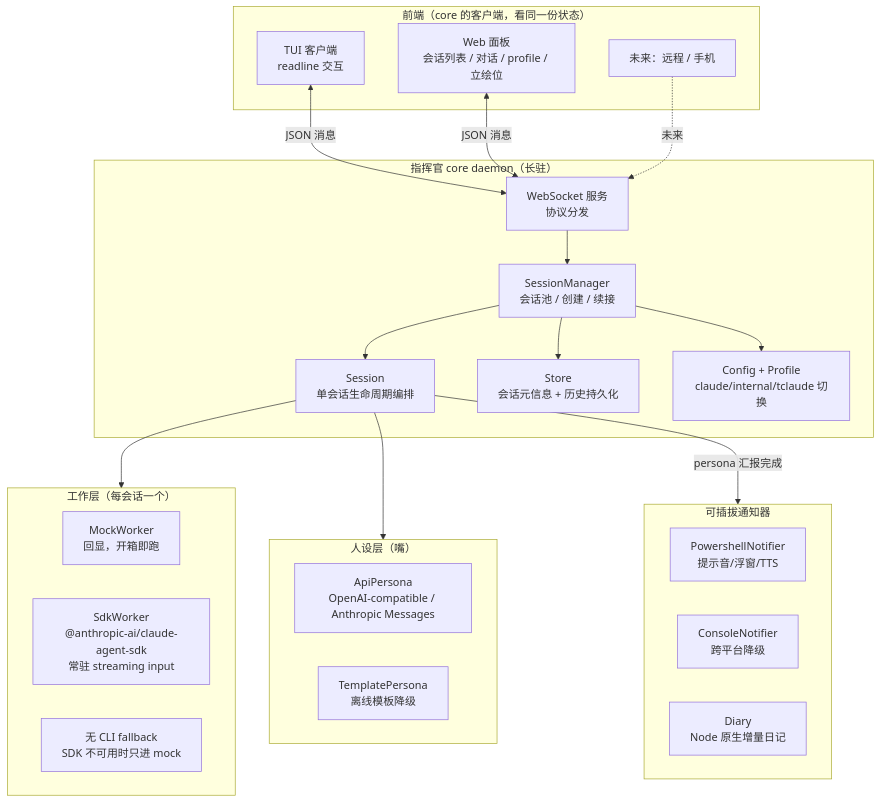
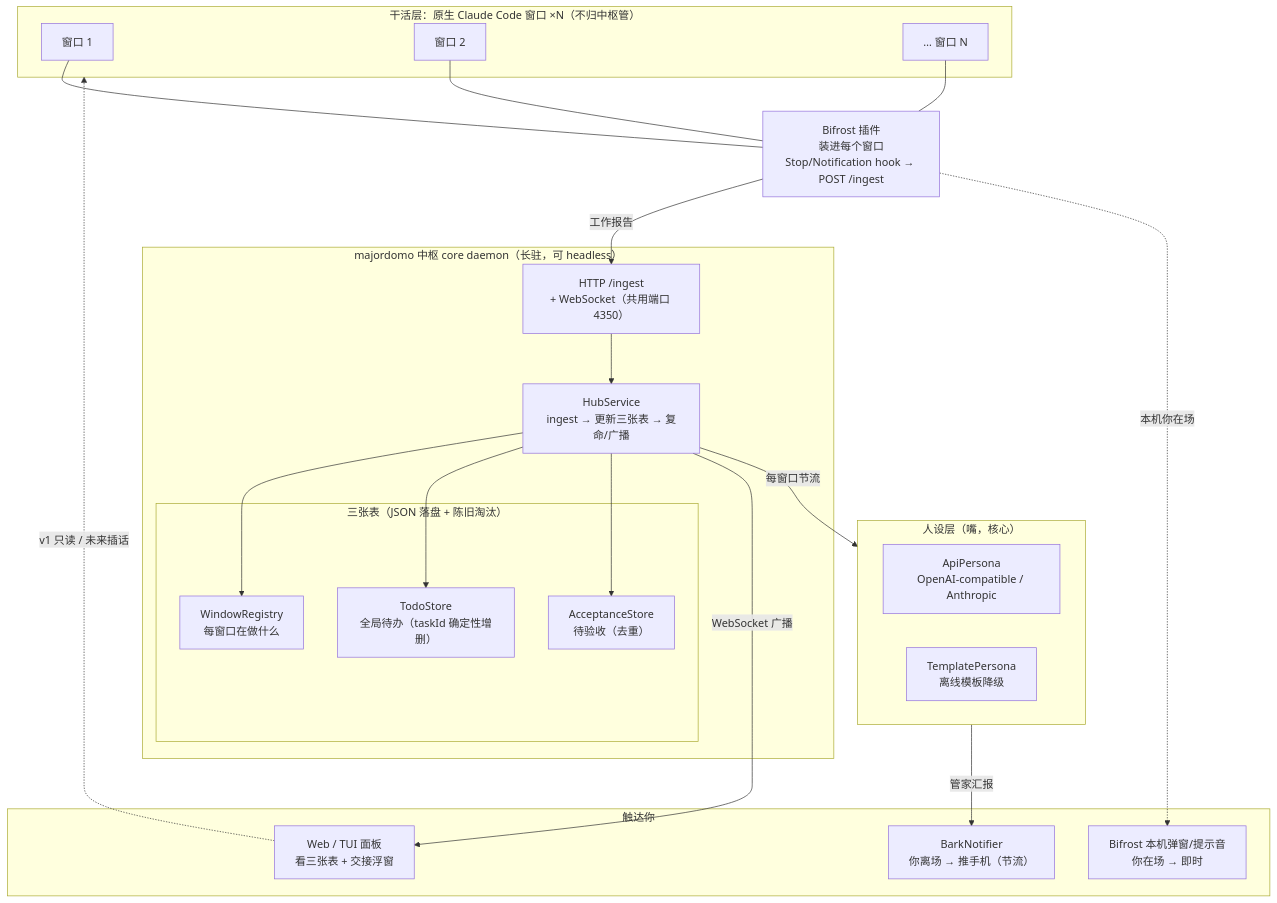
Before and after one commit to tobenot/majordomo: the first of 2 diagrams in docs/architecture.md, drawn with Mermaid. The commit also changed other lines of this file and 1 other file, not shown here.

````diff
--- a/docs/architecture.md
+++ b/docs/architecture.md
@@ -22,46 +20,45 @@
 ```mermaid
-graph TD
-  subgraph Clients["前端（core 的客户端，看同一份状态）"]
-    TUI["TUI 客户端<br/>readline 交互"]
-    WEB["Web 面板<br/>会话列表 / 对话 / profile / 立绘位"]
-    REMOTE["未来：远程 / 手机"]
+graph TB
+  subgraph Workers["干活层：原生 Claude Code 窗口 ×N（不归中枢管）"]
+    W1["窗口 1"]
+    W2["窗口 2"]
+    WN["… 窗口 N"]
   end
 
-  subgraph Core["指挥官 core daemon（长驻）"]
-    WS["WebSocket 服务<br/>协议分发"]
-    SM["SessionManager<br/>会话池 / 创建 / 续接"]
-    SESS["Session<br/>单会话生命周期编排"]
-    STORE["Store<br/>会话元信息 + 历史持久化"]
-    CFG["Config + Profile<br/>claude/internal/tclaude 切换"]
+  RB["Bifrost 插件<br/>装进每个窗口<br/>Stop/Notification hook → POST /ingest"]
+  W1 --- RB
+  W2 --- RB
+  WN --- RB
+
+  subgraph Core["majordomo 中枢 core daemon（长驻，可 headless）"]
+    HTTP["HTTP /ingest<br/>+ WebSocket（共用端口 4350）"]
+    HUB["HubService<br/>ingest → 更新三张表 → 复命/广播"]
+    subgraph Tables["三张表（JSON 落盘 + 陈旧淘汰）"]
+      REG["WindowRegistry<br/>每窗口在做什么"]
+      TODO["TodoStore<br/>全局待办（taskId 确定性增删）"]
+      ACC["AcceptanceStore<br/>待验收（去重）"]
+    end
+    HTTP --> HUB
+    HUB --> REG
+    HUB --> TODO
+    HUB --> ACC
   end
 
-  subgraph Worker["工作层（每会话一个）"]
-    MOCK["MockWorker<br/>回显，开箱即跑"]
-    SDK["SdkWorker<br/>@anthropic-ai/claude-agent-sdk<br/>常驻 streaming input"]
-    NOTE["无 CLI fallback<br/>SDK 不可用时只进 mock"]
-  end
-
-  subgraph Persona["人设层（嘴）"]
-    API["ApiPersona<br/>OpenAI-compatible / Anthropic Messages"]
+  subgraph Persona["人设层（嘴，核心）"]
+    API["ApiPersona<br/>OpenAI-compatible / Anthropic"]
     TPL["TemplatePersona<br/>离线模板降级"]
   end
 
-
-  subgraph Notify["可插拔通知器"]
-    PS["PowershellNotifier<br/>提示音/浮窗/TTS"]
-    CON["ConsoleNotifier<br/>跨平台降级"]
-    DIARY["Diary<br/>Node 原生增量日记"]
+  subgraph Reach["触达你"]
+    BARK["BarkNotifier<br/>你离场 → 推手机（节流）"]
+    PANEL["Web / TUI 面板<br/>看三张表 + 交接浮窗"]
+    LOCAL["Bifrost 本机弹窗/提示音<br/>你在场 → 即时"]
   end
 
-  TUI <-->|JSON 消息| WS
-  WEB <-->|JSON 消息| WS
-  REMOTE -.未来.-> WS
-
-  WS --> SM
-  SM --> SESS
-  SM --> STORE
-  SM --> CFG
-  SESS --> Worker
-  SESS --> Persona
-  SESS -->|persona 汇报完成| Notify
+  RB -->|工作报告| HTTP
+  RB -.本机你在场.-> LOCAL
+  HUB -->|每窗口节流| Persona
+  Persona -->|管家汇报| BARK
+  HUB -->|WebSocket 广播| PANEL
+  PANEL -.v1 只读 / 未来插话.-> Workers
 ```
````
